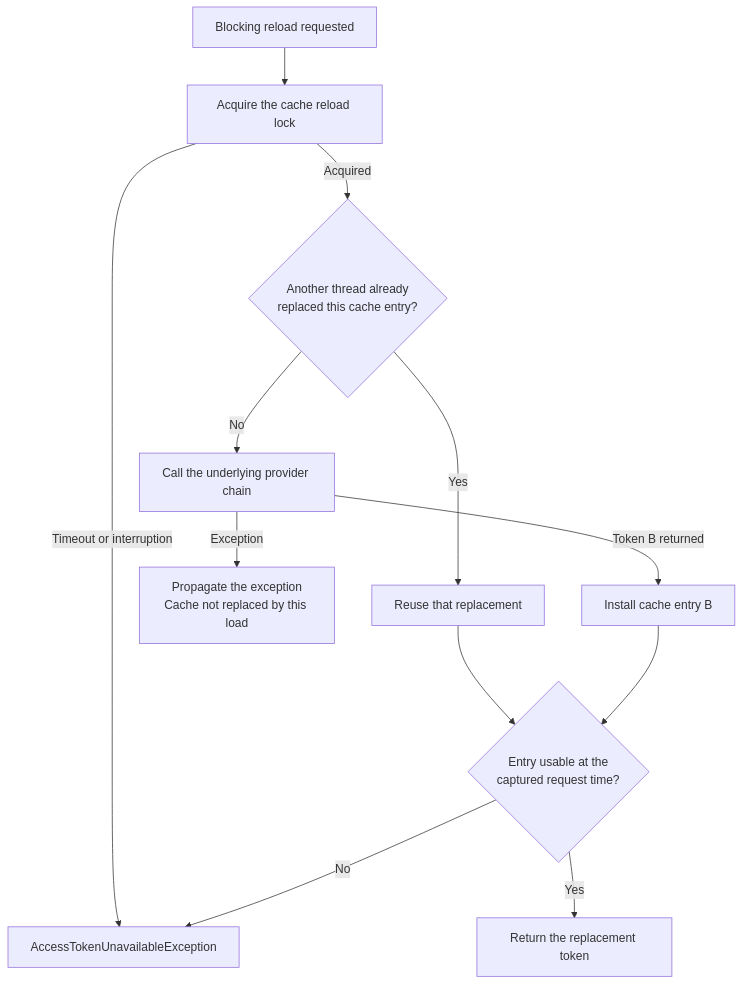
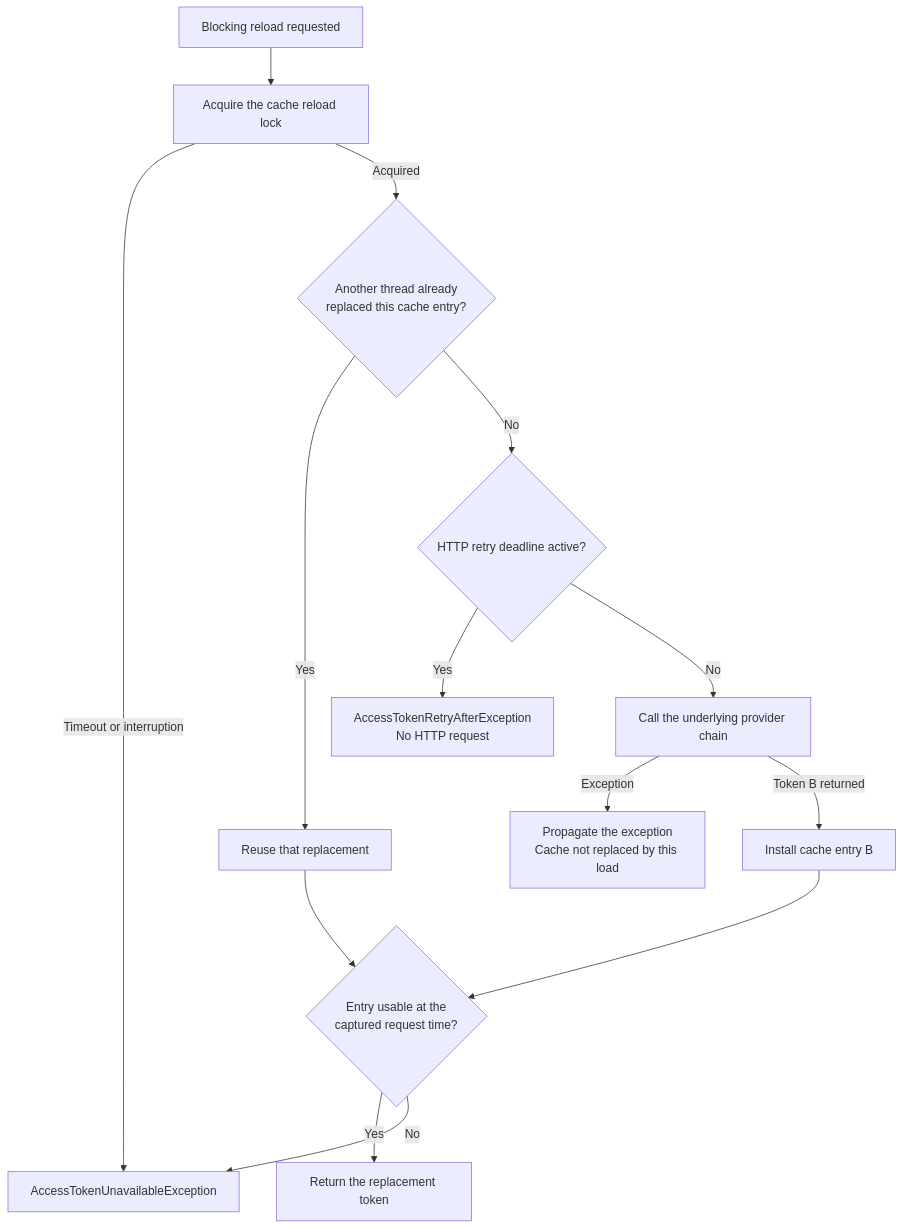
The third of 8 diagrams in jwt-client/docs/preemptive-refresh/README.md (entur/jwt-resource-server), drawn with Mermaid before and after one commit. The commit also changed other lines of this file and 39 other files, not shown here.

First line of the commit message:
feat!: honor Retry-After and back off failed token requests

````diff
--- a/jwt-client/docs/preemptive-refresh/README.md
+++ b/jwt-client/docs/preemptive-refresh/README.md
@@ -80,14 +80,16 @@
 ```mermaid
 flowchart TD
     Start["Blocking reload requested"] --> Lock["Acquire the cache reload lock"]
     Lock -->|Timeout or interruption| Unavailable["AccessTokenUnavailableException"]
     Lock -->|Acquired| Changed{"Another thread already<br/>replaced this cache entry?"}
     Changed -->|Yes| Reuse["Reuse that replacement"]
-    Changed -->|No| Fetch["Call the underlying provider chain"]
+    Changed -->|No| Gate{"HTTP retry deadline active?"}
+    Gate -->|Yes| Deferred["AccessTokenRetryAfterException<br/>No HTTP request"]
+    Gate -->|No| Fetch["Call the underlying provider chain"]
     Fetch -->|Exception| Failure["Propagate the exception<br/>Cache not replaced by this load"]
     Fetch -->|Token B returned| Store["Install cache entry B"]
     Reuse --> Validate{"Entry usable at the<br/>captured request time?"}
     Store --> Validate
     Validate -->|Yes| Return["Return the replacement token"]
     Validate -->|No| Unavailable
 ```
````
